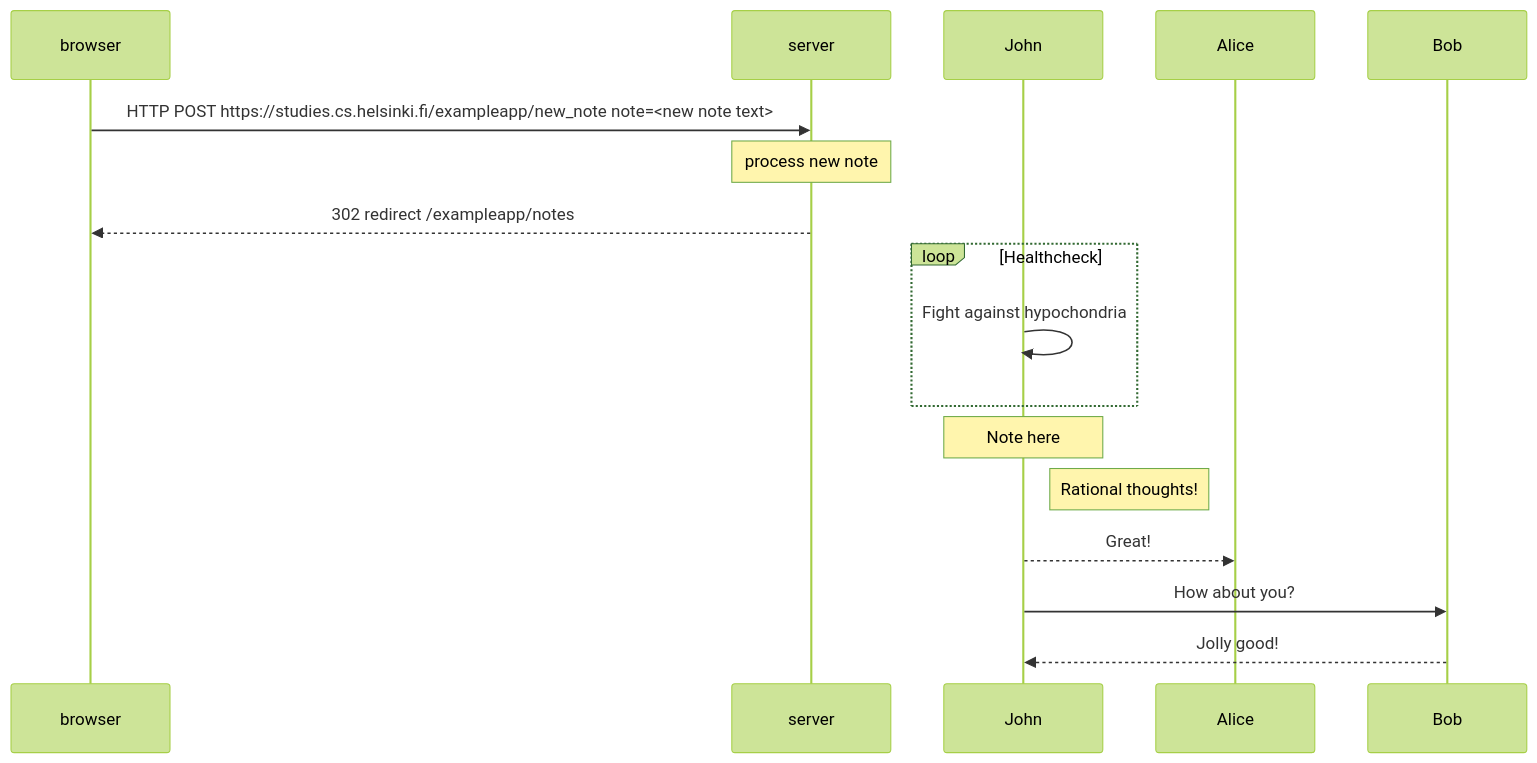
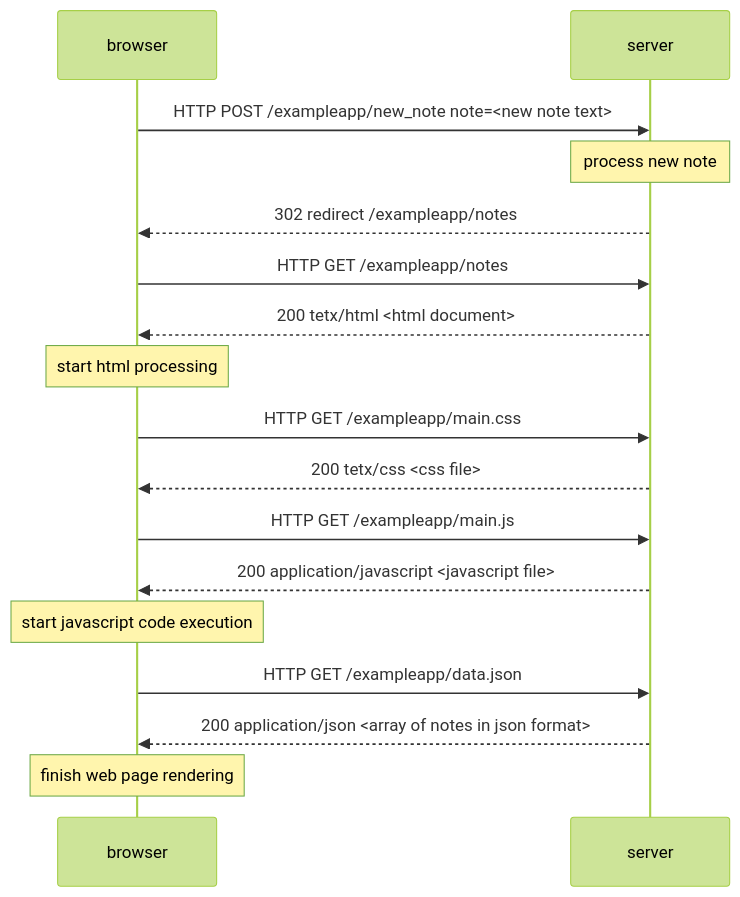
Before and after one commit to MikhailZvagelsky/fullstack: the diagram in part0/0.4-new-note-diagram/diagram.md, drawn with Mermaid (forest theme). The commit also changed other lines of this file, not shown here.

````diff
--- a/part0/0.4-new-note-diagram/diagram.md
+++ b/part0/0.4-new-note-diagram/diagram.md
@@ -4,14 +6,17 @@
 ```mermaid
 sequenceDiagram
-browser->>server: HTTP POST https://studies.cs.helsinki.fi/exampleapp/new_note note=<new note text>
+browser->>server: HTTP POST /exampleapp/new_note note=<new note text>
 Note over server: process new note
 server-->>browser: 302 redirect /exampleapp/notes
-loop Healthcheck
-    John->>John: Fight against hypochondria
-end
-Note over John: Note here
-Note right of John: Rational thoughts!
-John-->>Alice: Great!
-John->>Bob: How about you?
-Bob-->>John: Jolly good!
+browser->>server: HTTP GET /exampleapp/notes
+server-->>browser: 200 tetx/html <html document>
+Note over browser: start html processing
+browser->>server: HTTP GET /exampleapp/main.css
+server-->>browser: 200 tetx/css <css file>
+browser->>server: HTTP GET /exampleapp/main.js
+server-->>browser: 200 application/javascript <javascript file>
+Note over browser: start javascript code execution
+browser->>server: HTTP GET /exampleapp/data.json
+server-->>browser: 200 application/json <array of notes in json format>
+Note over browser: finish web page rendering
 ```
````
